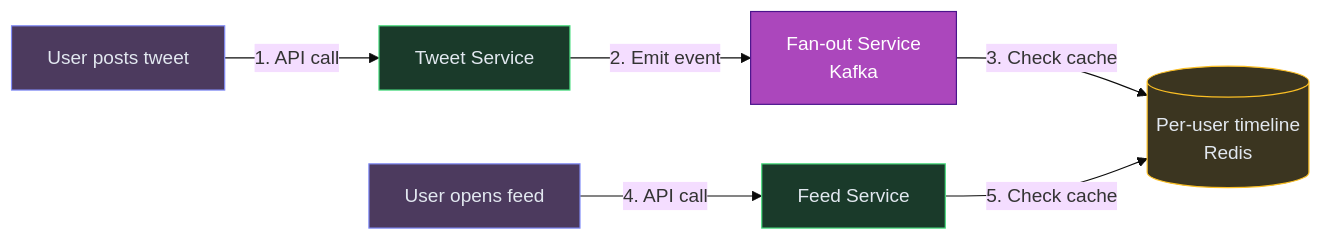
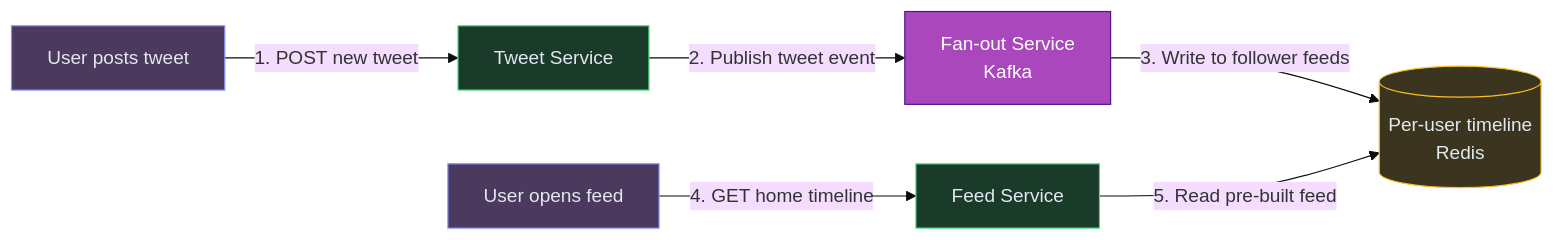
Before and after one commit to iluzn/HLD-Designs: the first of 12 diagrams in content/hld/TwitterFeed.md, drawn with Mermaid (base theme). The commit also changed other lines of this file and 27 other files, not shown here.

````diff
--- a/content/hld/TwitterFeed.md
+++ b/content/hld/TwitterFeed.md
@@ -19,20 +19,20 @@
 ```mermaid
 flowchart LR
     POSTER["User posts tweet"]:::client
     API["Tweet Service"]:::service
     K["Fan-out Service<br/>Kafka"]:::async
     CACHE[("Per-user timeline<br/>Redis")]:::data
     READER["User opens feed"]:::client
     FEED["Feed Service"]:::service
 
-    POSTER -->|"1. API call"| API
-    API -->|"2. Emit event"| K
-    K -->|"3. Check cache"| CACHE
-    READER -->|"4. API call"| FEED
-    FEED -->|"5. Check cache"| CACHE
+    POSTER -->|"1. POST new tweet"| API
+    API -->|"2. Publish tweet event"| K
+    K -->|"3. Write to follower feeds"| CACHE
+    READER -->|"4. GET home timeline"| FEED
+    FEED -->|"5. Read pre-built feed"| CACHE
 
     classDef client fill:#4c3a5e,stroke:#818cf8,color:#e2e8f0
     classDef service fill:#1a3a2a,stroke:#4ade80,color:#e2e8f0
     classDef async fill:#AB47BC,stroke:#4A148C,color:#fff
     classDef data fill:#3b3520,stroke:#fbbf24,color:#e2e8f0
 ```
````
